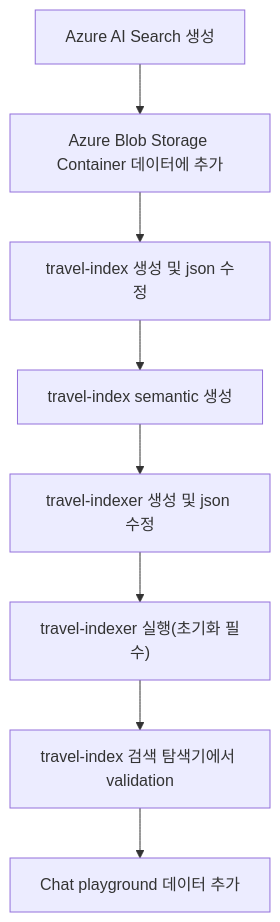
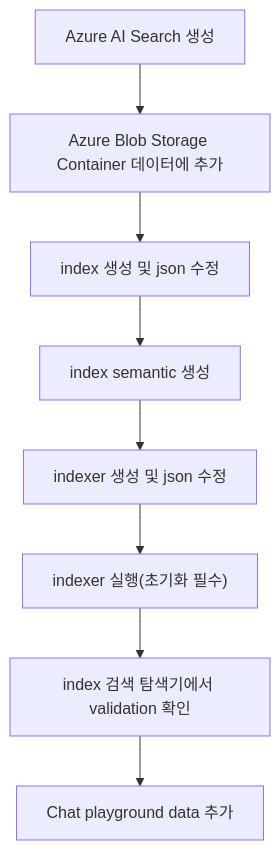
One commit to hanx0419/6th-MS-AI-School changed the diagram in 2025-03-10 ~ 2025-04-01/README.md. Above: the diagram before and after it, drawn with Mermaid. The commit also changed other lines of this file, not shown here.

Commit message:
Azure OpenAI Service

````diff
--- a/2025-03-10 ~ 2025-04-01/README.md
+++ b/2025-03-10 ~ 2025-04-01/README.md
@@ -40,10 +39,10 @@
 ```mermaid
 graph TB
-   A["Azure AI Search 생성"] --> B["Azure Blob Storage Container 데이터에 추가"]
-   B --> C["travel-index 생성 및 json 수정"]
-   C --> D["travel-index semantic 생성"]
-   D --> E["travel-indexer 생성 및 json 수정"]
-   E --> F["travel-indexer 실행(초기화 필수)"]
-   F --> G["travel-index 검색 탐색기에서 validation"]
-   G --> H["Chat playground 데이터 추가"]
+      A["Azure AI Search 생성"] --> B["Azure Blob Storage Container 데이터에 추가"]
+      B --> C["index 생성 및 json 수정"]
+      C --> D["index semantic 생성"]
+      D --> E["indexer 생성 및 json 수정"]
+      E --> F["indexer 실행(초기화 필수)"]
+      F --> G["index 검색 탐색기에서 validation 확인"]
+      G --> H["Chat playground data 추가"]
 ```
````
